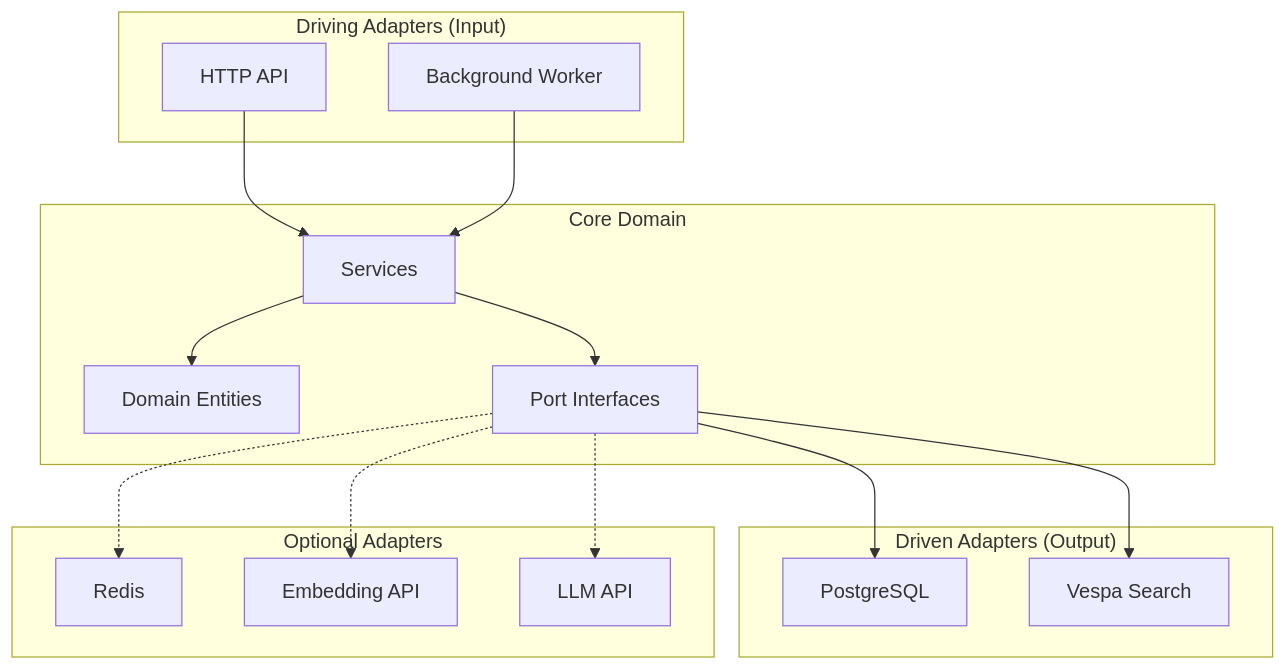
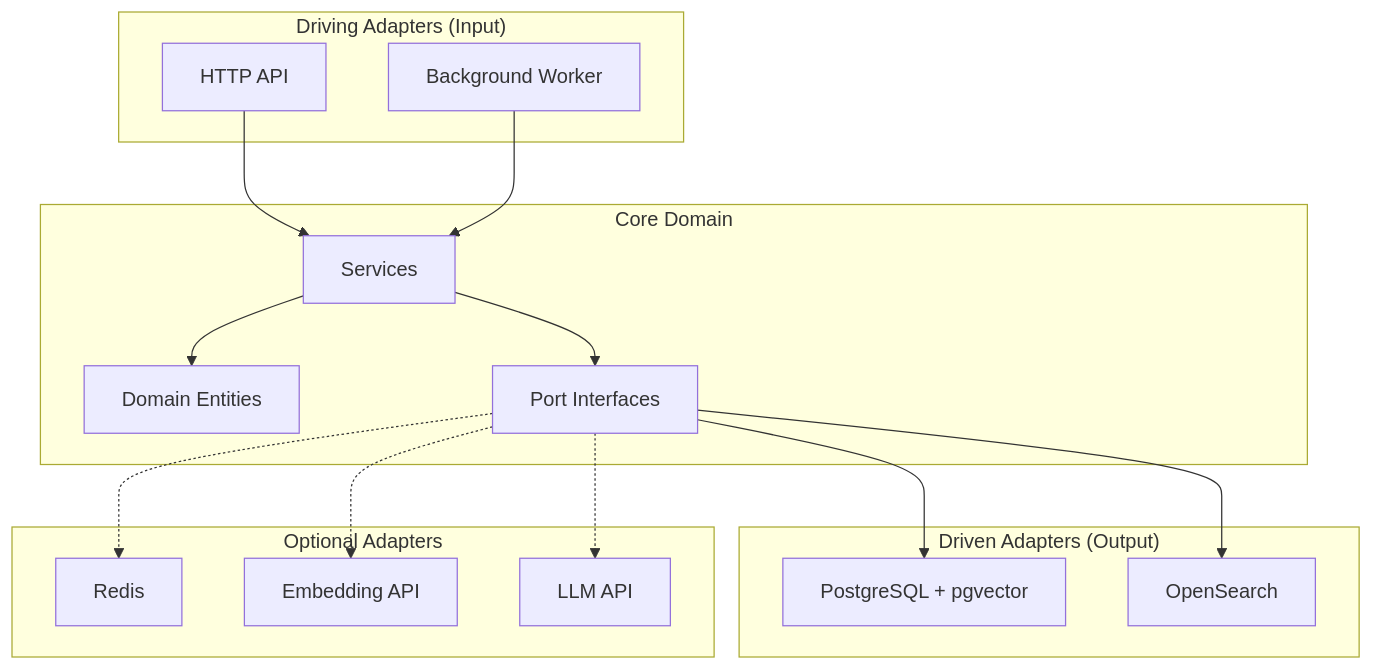
Before and after one commit to gurusheydeo/sercha-oss-docs: the diagram in docs/core/architecture/overview.md, drawn with Mermaid. The commit also changed other lines of this file and 45 other files, not shown here.

First line of the commit message:
docs: migrate documentation from Vespa to OpenSearch/pgvector

````diff
--- a/docs/core/architecture/overview.md
+++ b/docs/core/architecture/overview.md
@@ -25,34 +25,34 @@
 ```mermaid
 graph TB
     subgraph Driving["Driving Adapters (Input)"]
         HTTP[HTTP API]
         Worker[Background Worker]
     end
 
     subgraph Core["Core Domain"]
         Services[Services]
         Domain[Domain Entities]
         Ports[Port Interfaces]
     end
 
     subgraph Driven["Driven Adapters (Output)"]
-        PG[PostgreSQL]
-        Vespa[Vespa Search]
+        PG[PostgreSQL + pgvector]
+        OS[OpenSearch]
     end
 
     subgraph Optional["Optional Adapters"]
         Redis[Redis]
         Embed[Embedding API]
         LLM[LLM API]
     end
 
     HTTP --> Services
     Worker --> Services
     Services --> Domain
     Services --> Ports
     Ports --> PG
-    Ports --> Vespa
+    Ports --> OS
     Ports -.-> Redis
     Ports -.-> Embed
     Ports -.-> LLM
 ```
````
